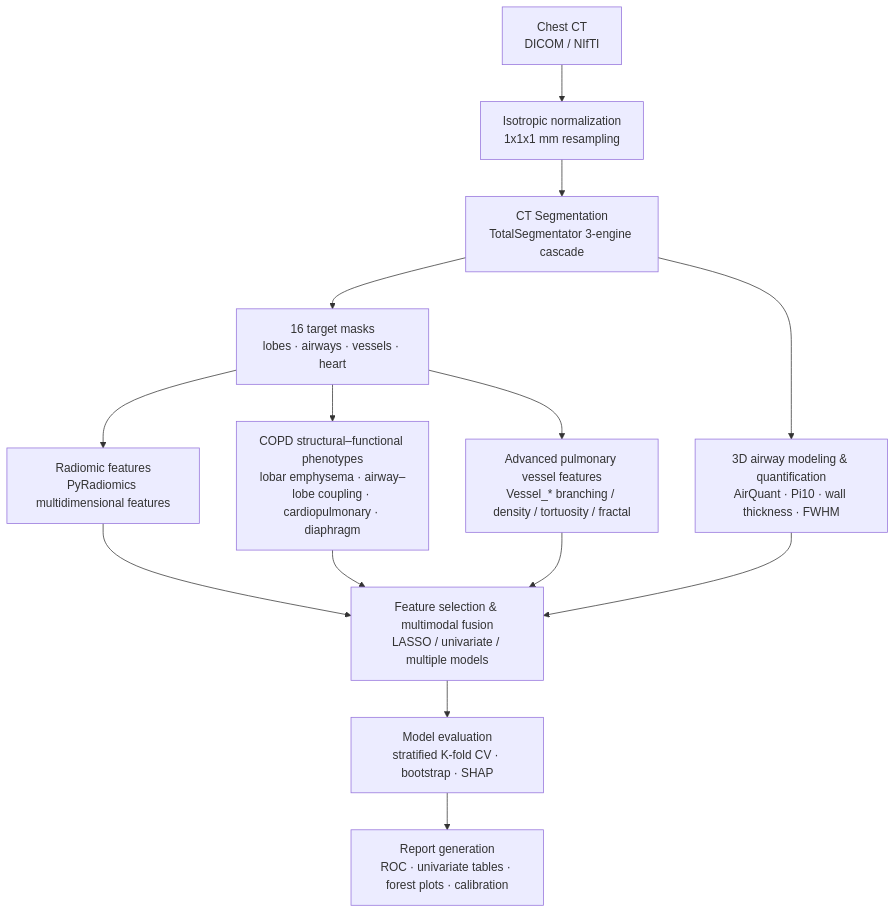
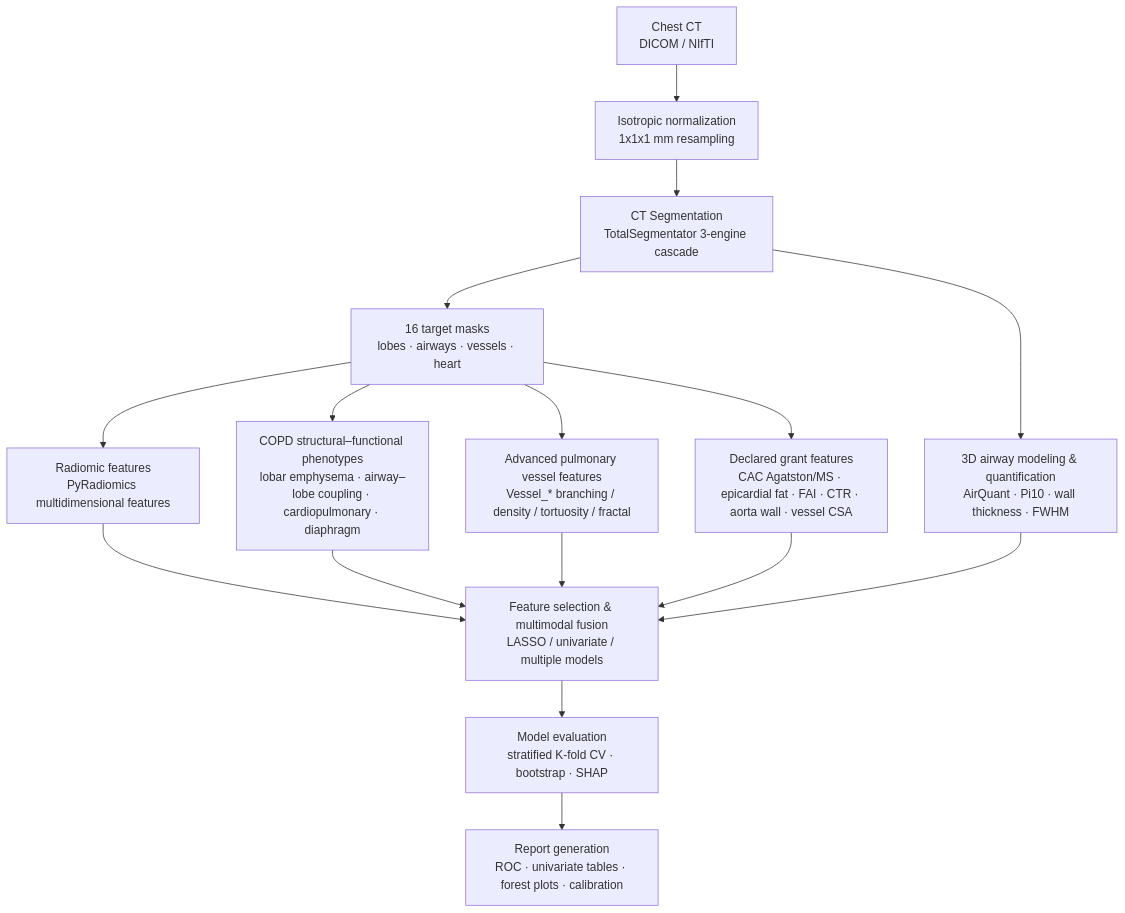
Before and after one commit to Distagon-T/copd-radiomics: the diagram in README.md, drawn with Mermaid. The commit also changed other lines of this file and 18 other files, not shown here.

First line of the commit message:
add grant-declared feature supplementation to radiomics (Windows/Mac/Docker)

````diff
--- a/README.md
+++ b/README.md
@@ -28,13 +28,14 @@
 ```mermaid
 flowchart TD
     A[Chest CT<br/>DICOM / NIfTI] --> A1[Isotropic normalization<br/>1x1x1 mm resampling]
     A1 --> B[CT Segmentation<br/>TotalSegmentator 3-engine cascade]
     B --> C[16 target masks<br/>lobes · airways · vessels · heart]
     C --> D[Radiomic features<br/>PyRadiomics multidimensional features]
     C --> E[COPD structural–functional phenotypes<br/>lobar emphysema · airway–lobe coupling · cardiopulmonary · diaphragm]
     C --> F[Advanced pulmonary vessel features<br/>Vessel_* branching / density / tortuosity / fractal]
+    C --> F2[Declared grant features<br/>CAC Agatston/MS · epicardial fat · FAI · CTR · aorta wall · vessel CSA]
     B --> G[3D airway modeling & quantification<br/>AirQuant · Pi10 · wall thickness · FWHM]
-    D & E & F & G --> H[Feature selection & multimodal fusion<br/>LASSO / univariate / multiple models]
+    D & E & F & F2 & G --> H[Feature selection & multimodal fusion<br/>LASSO / univariate / multiple models]
     H --> I[Model evaluation<br/>stratified K-fold CV · bootstrap · SHAP]
     I --> J[Report generation<br/>ROC · univariate tables · forest plots · calibration]
 ```
````
